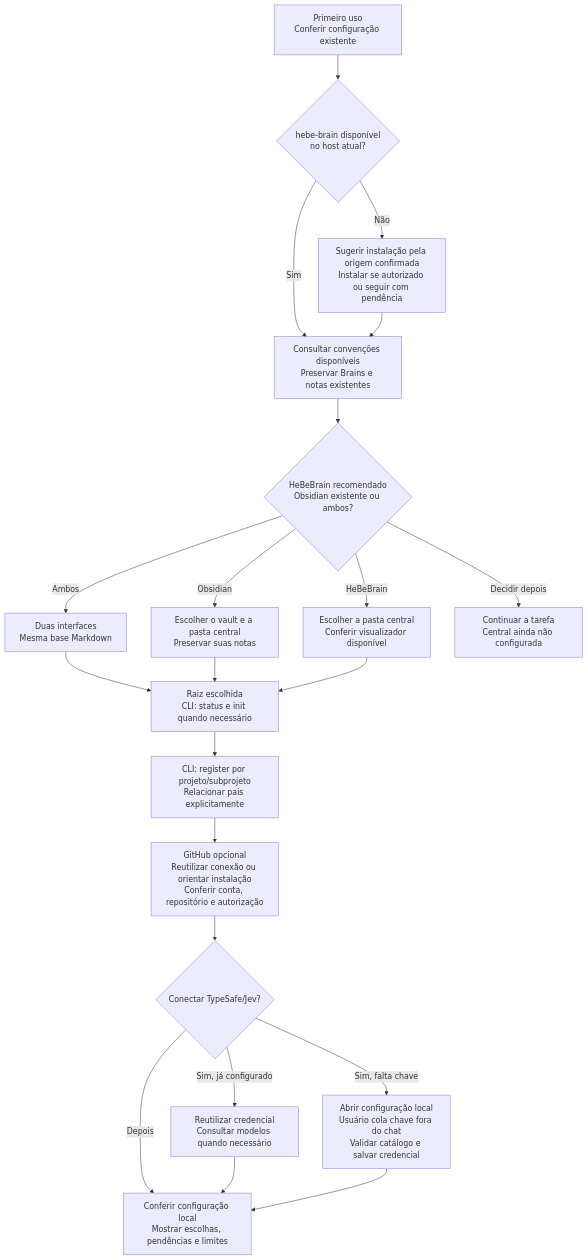
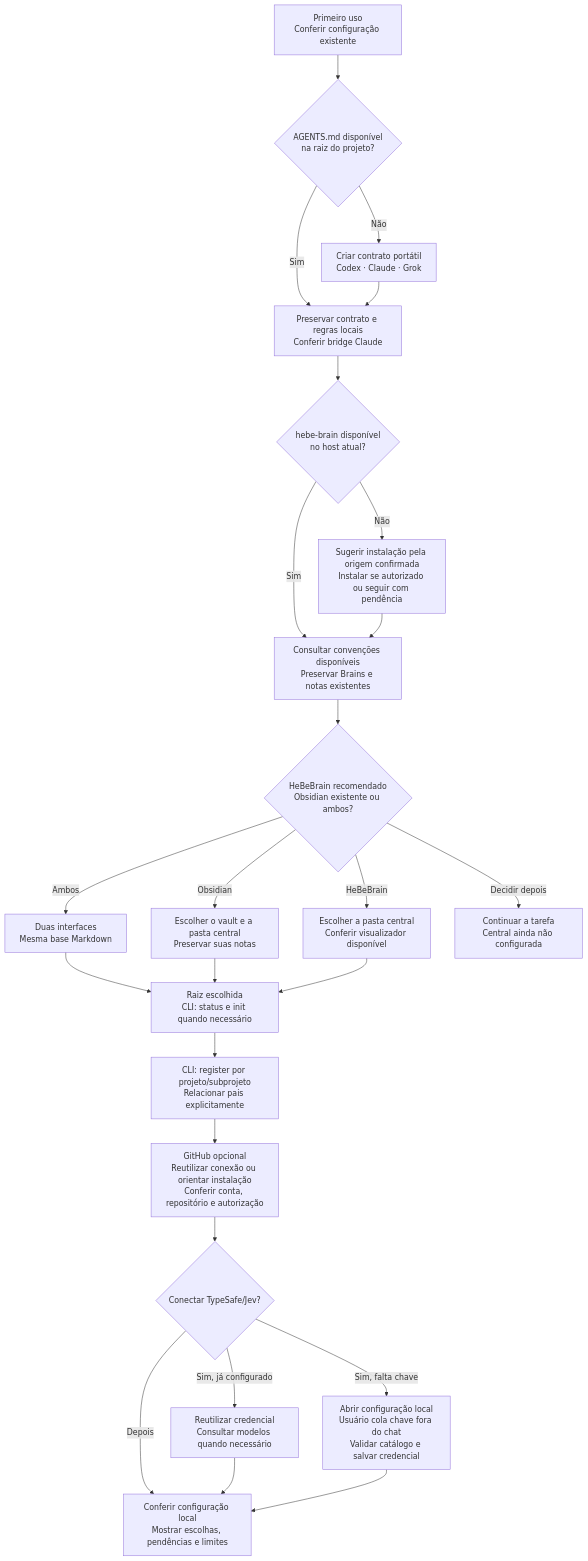
Before and after one commit to HericlisBezerra/hebe-orchestrate-Codex: the first of 2 diagrams in plugins/hebe-orchestrator-codex/docs/MAPA-DO-PROJETO.md, drawn with Mermaid. The commit also changed other lines of this file and 19 other files, not shown here.

Commit message:
Adiciona AGENTS.md portátil, mapa vertical e kit Playwright

````diff
--- a/plugins/hebe-orchestrator-codex/docs/MAPA-DO-PROJETO.md
+++ b/plugins/hebe-orchestrator-codex/docs/MAPA-DO-PROJETO.md
@@ -9,23 +9,27 @@
 ```mermaid
 flowchart TD
-    A["Primeiro uso<br/>Conferir configuração existente"] --> B{"hebe-brain disponível<br/>no host atual?"}
+    A["Primeiro uso<br/>Conferir configuração existente"] --> M{"AGENTS.md disponível<br/>na raiz do projeto?"}
+    M -->|Sim| N["Preservar contrato e regras locais<br/>Conferir bridge Claude"]
+    M -->|Não| Y["Criar contrato portátil<br/>Codex · Claude · Grok"]
+    Y --> N
+    N --> B{"hebe-brain disponível<br/>no host atual?"}
     B -->|Sim| C["Consultar convenções disponíveis<br/>Preservar Brains e notas existentes"]
     B -->|Não| D["Sugerir instalação pela origem confirmada<br/>Instalar se autorizado ou seguir com pendência"]
     D --> C
     C --> O{"HeBeBrain recomendado<br/>Obsidian existente ou ambos?"}
     O -->|Obsidian| V["Escolher o vault e a pasta central<br/>Preservar suas notas"]
     O -->|HeBeBrain| L["Escolher a pasta central<br/>Conferir visualizador disponível"]
     O -->|Ambos| T["Duas interfaces<br/>Mesma base Markdown"]
     T --> R
     O -->|Decidir depois| Q["Continuar a tarefa<br/>Central ainda não configurada"]
     V --> R["Raiz escolhida<br/>CLI: status e init quando necessário"]
     L --> R
     R --> P["CLI: register por projeto/subprojeto<br/>Relacionar pais explicitamente"]
     P --> G["GitHub opcional<br/>Reutilizar conexão ou orientar instalação<br/>Conferir conta, repositório e autorização"]
     G --> J{"Conectar TypeSafe/Jev?"}
     J -->|Sim, já configurado| S["Reutilizar credencial<br/>Consultar modelos quando necessário"]
     J -->|Sim, falta chave| K["Abrir configuração local<br/>Usuário cola chave fora do chat<br/>Validar catálogo e salvar credencial"]
     J -->|Depois| F["Conferir configuração local<br/>Mostrar escolhas, pendências e limites"]
     S --> F
     K --> F
 ```
````
